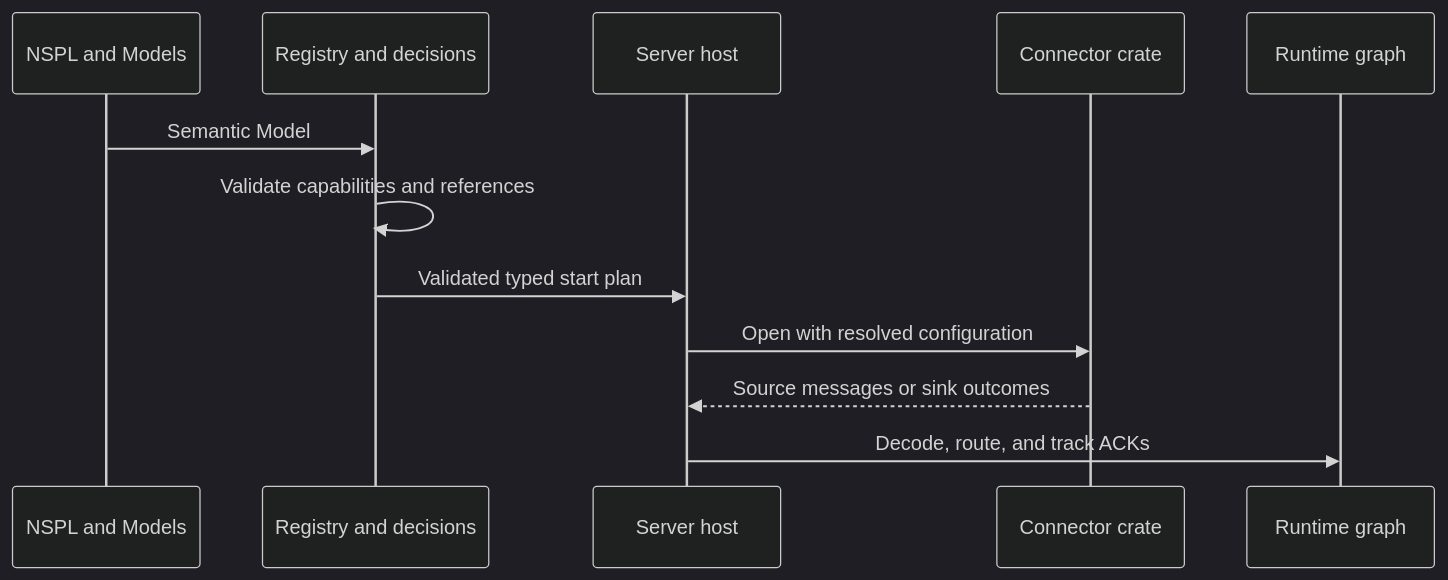
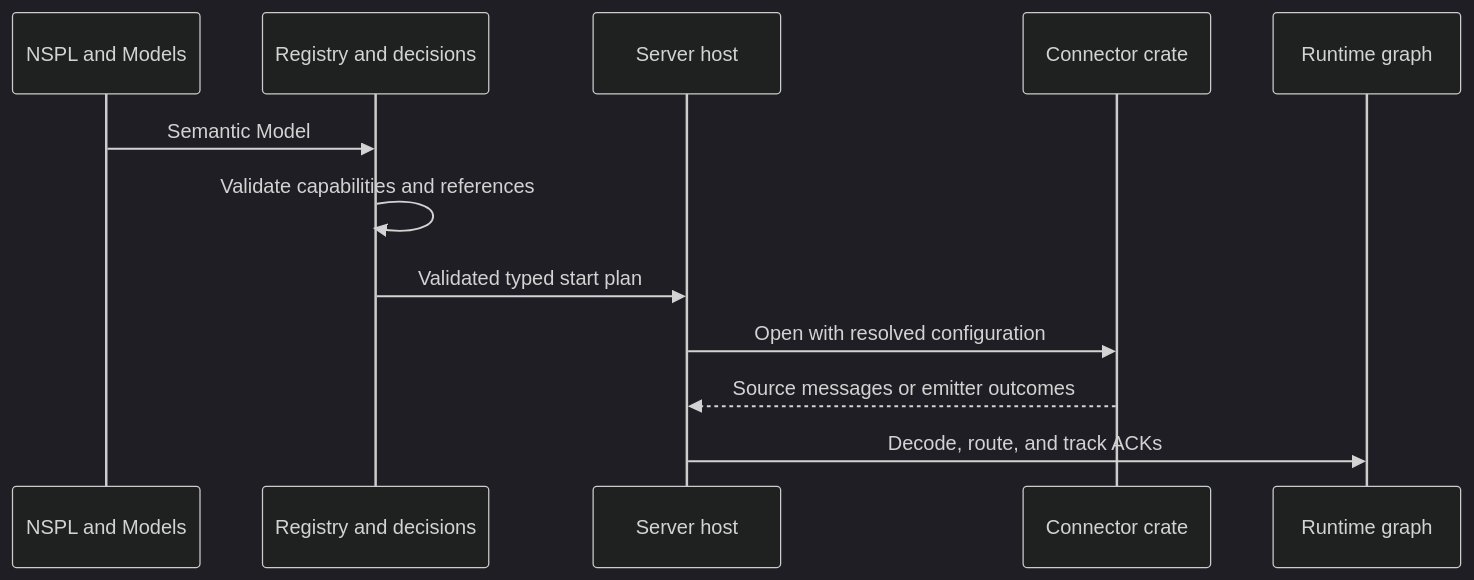
Before and after one commit to nervix-io/nervix: the first of 3 diagrams in docs/src/connector-contract.md, drawn with Mermaid (dark theme). The commit also changed other lines of this file and 523 other files, not shown here.

````diff
--- a/docs/src/connector-contract.md
+++ b/docs/src/connector-contract.md
@@ -421,14 +421,14 @@
 ```mermaid
 sequenceDiagram
     participant NSPL as NSPL and Models
     participant Registry as Registry and decisions
     participant Host as Server host
     participant Driver as Connector crate
     participant Graph as Runtime graph
     NSPL->>Registry: Semantic Model
     Registry->>Registry: Validate capabilities and references
     Registry->>Host: Validated typed start plan
     Host->>Driver: Open with resolved configuration
-    Driver-->>Host: Source messages or sink outcomes
+    Driver-->>Host: Source messages or emitter outcomes
     Host->>Graph: Decode, route, and track ACKs
 ```
````
